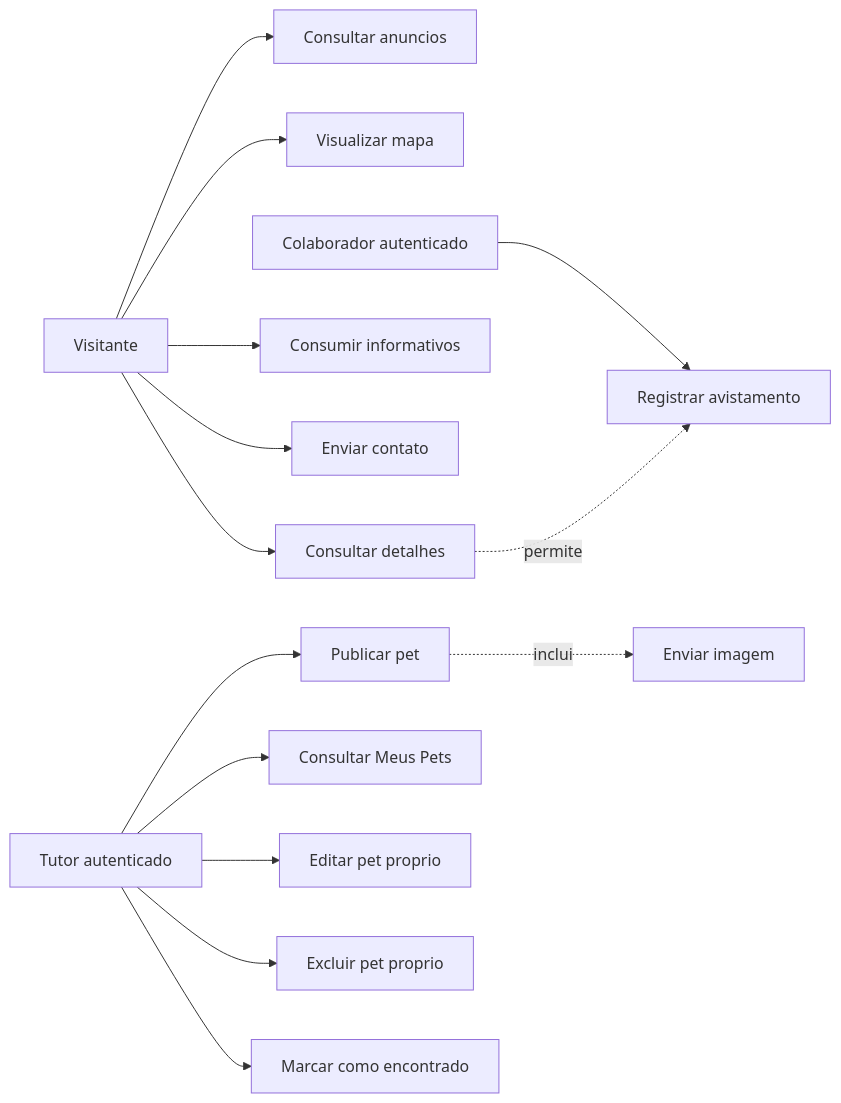
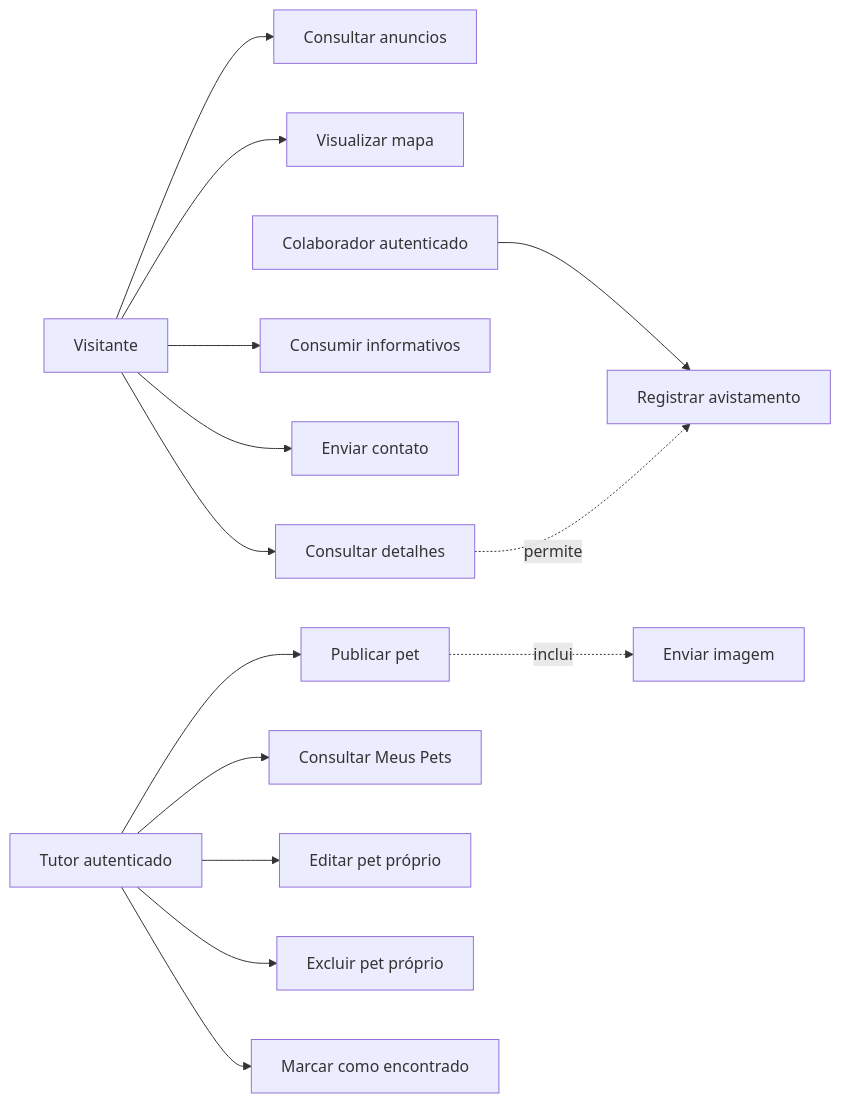
The first of 11 diagrams in docs/modelagem-site.md (Reminsonrps/PetConecta), drawn with Mermaid before and after one commit. The commit also changed other lines of this file, not shown here.

````diff
--- a/docs/modelagem-site.md
+++ b/docs/modelagem-site.md
@@ -147,18 +147,18 @@
 ```mermaid
 flowchart LR
     V[Visitante] --> UC01[Consultar anuncios]
     V --> UC02[Visualizar mapa]
     V --> UC03[Consultar detalhes]
     V --> UC04[Consumir informativos]
     V --> UC05[Enviar contato]
 
     C[Colaborador autenticado] --> UC06[Registrar avistamento]
     T[Tutor autenticado] --> UC07[Publicar pet]
     T --> UC08[Consultar Meus Pets]
-    T --> UC09[Editar pet proprio]
-    T --> UC10[Excluir pet proprio]
+    T --> UC09[Editar pet próprio]
+    T --> UC10[Excluir pet próprio]
     T --> UC11[Marcar como encontrado]
 
     UC03 -. permite .-> UC06
     UC07 -. inclui .-> UC12[Enviar imagem]
 ```
````
